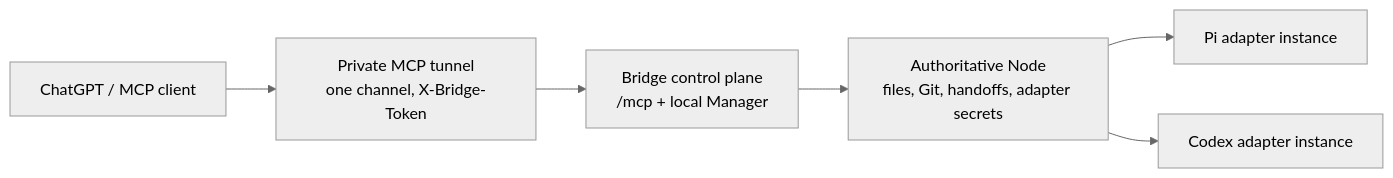
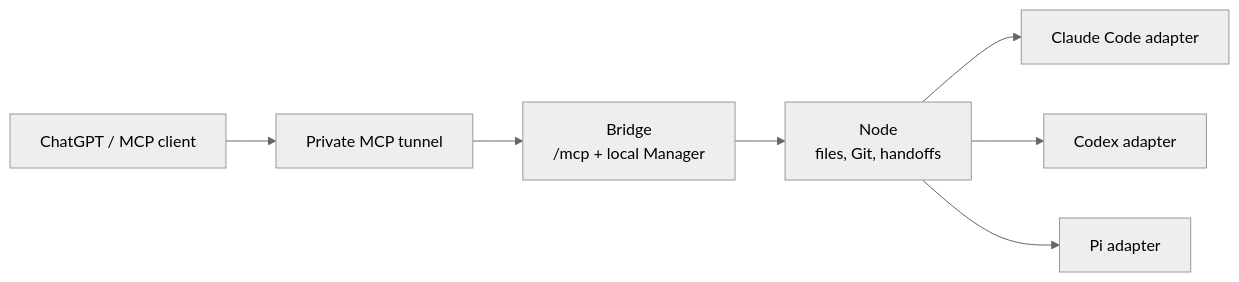
The diagram in README.md (sheldonxxxx/workspace-bridge), drawn with Mermaid (neutral theme) before and after one commit. The commit also changed other lines of this file and 68 other files, not shown here.

First line of the commit message:
release: 0.2.0 with Claude Code runtime and public launch polish

````diff
--- a/README.md
+++ b/README.md
@@ -83,8 +128,9 @@
 ```mermaid
 flowchart LR
-    Client["ChatGPT / MCP client"] --> Tunnel["Private MCP tunnel<br/>one channel, X-Bridge-Token"]
-    Tunnel --> Bridge["Bridge control plane<br/>/mcp + local Manager"]
-    Bridge --> Node["Authoritative Node<br/>files, Git, handoffs, adapter secrets"]
-    Node --> Pi["Pi adapter instance"]
-    Node --> Codex["Codex adapter instance"]
+    Client["ChatGPT / MCP client"] --> Tunnel["Private MCP tunnel"]
+    Tunnel --> Bridge["Bridge<br/>/mcp + local Manager"]
+    Bridge --> Node["Node<br/>files, Git, handoffs"]
+    Node --> Claude["Claude Code adapter"]
+    Node --> Codex["Codex adapter"]
+    Node --> Pi["Pi adapter"]
 ```
````
